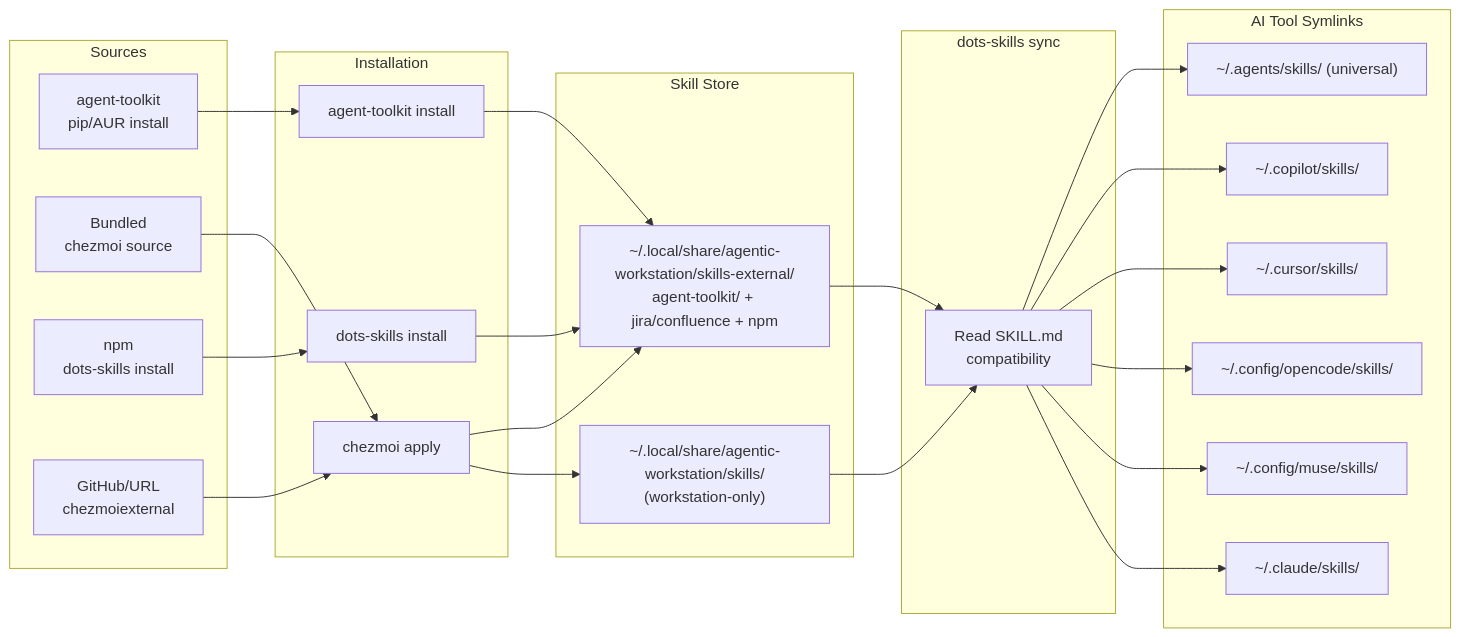
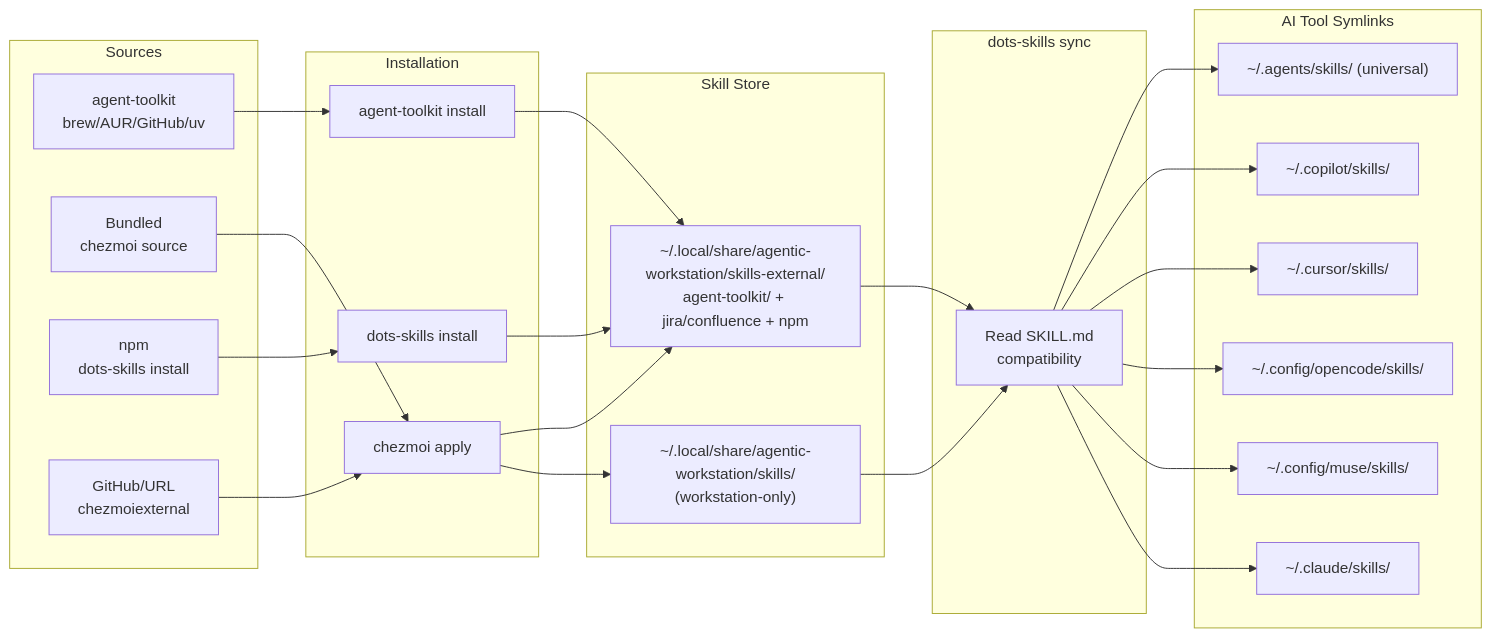
Before and after one commit to ulises-jeremias/agentic-workstation: the diagram in docs/SKILLS.md, drawn with Mermaid. The commit also changed other lines of this file and 37 other files, not shown here.

First line of the commit message:
feat(workstation): bootstrap canonical V Agent Toolkit CLI (#207)

````diff
--- a/docs/SKILLS.md
+++ b/docs/SKILLS.md
@@ -24,46 +24,46 @@
 ```mermaid
 flowchart LR
     subgraph Sources
-        AT[agent-toolkit<br/>pip/AUR install]
+        AT[agent-toolkit<br/>brew/AUR/GitHub/uv]
         B[Bundled<br/>chezmoi source]
         N[npm<br/>dots-skills install]
         G[GitHub/URL<br/>chezmoiexternal]
     end
 
     subgraph Install["Installation"]
         CA[chezmoi apply]
         ATI[agent-toolkit install]
         NS[dots-skills install]
     end
 
     subgraph Store["Skill Store"]
         S1["~/.local/share/agentic-workstation/skills/<br/>(workstation-only)"]
         S2["~/.local/share/agentic-workstation/skills-external/<br/>agent-toolkit/ + jira/confluence + npm"]
     end
 
     subgraph Sync["dots-skills sync"]
         SJ["Read SKILL.md<br/>compatibility"]
     end
 
     subgraph Tools["AI Tool Symlinks"]
         T1["~/.claude/skills/"]
         T2["~/.config/muse/skills/"]
         T3["~/.config/opencode/skills/"]
         T4["~/.cursor/skills/"]
         T5["~/.copilot/skills/"]
         T6["~/.agents/skills/ (universal)"]
     end
 
     AT --> ATI --> S2
     B --> CA --> S1
     N --> NS --> S2
     G --> CA --> S2
     S1 --> SJ
     S2 --> SJ
     SJ --> T1
     SJ --> T2
     SJ --> T3
     SJ --> T4
     SJ --> T5
     SJ --> T6
 ```
````
